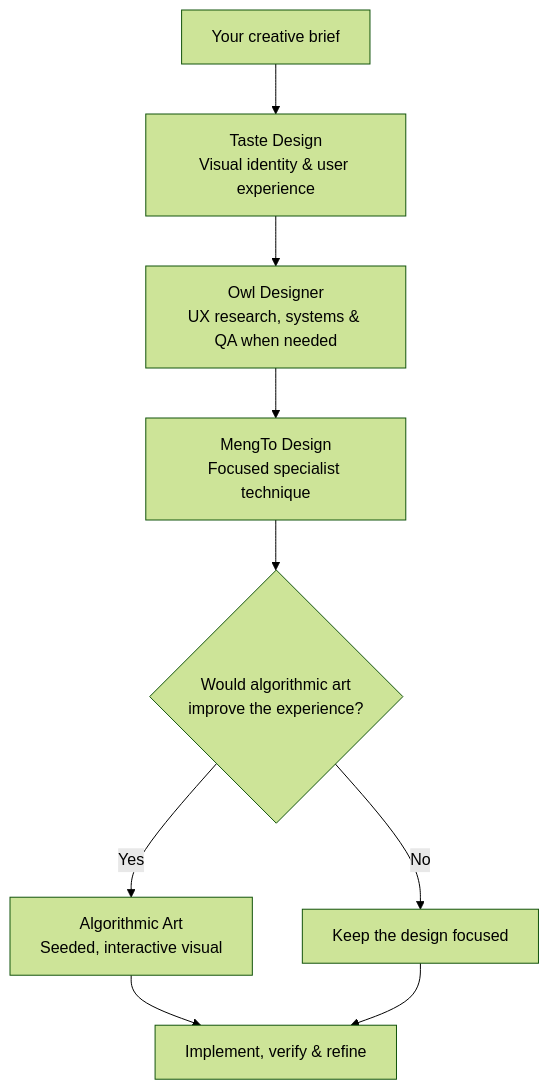
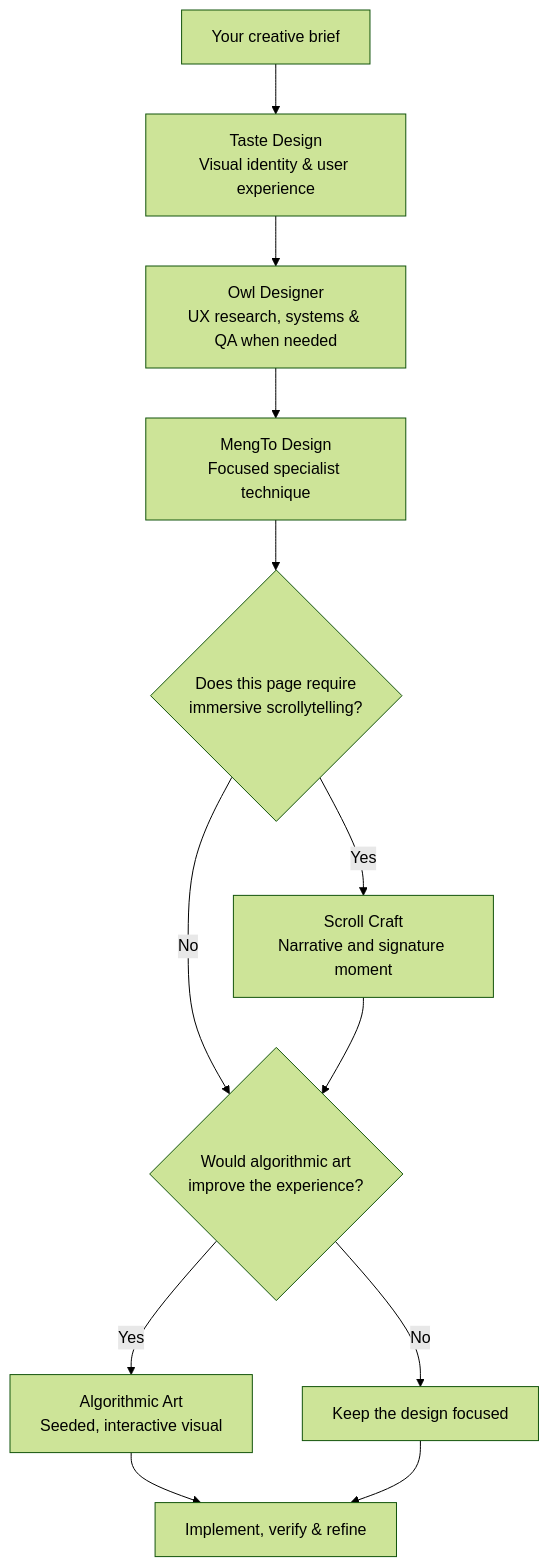
Before and after one commit to drakeg/madmallard-chatgpt-adapters: the diagram in adapters/creative-studio/README.md, drawn with Mermaid (forest theme). The commit also changed other lines of this file and 14 other files, not shown here.

First line of the commit message:
feat: standalone Scroll Craft skill and Creative Studio integration (#27)

````diff
--- a/adapters/creative-studio/README.md
+++ b/adapters/creative-studio/README.md
@@ -20,11 +21,14 @@
 ```mermaid
 flowchart TD
     A["Your creative brief"] --> B["Taste Design<br/>Visual identity & user experience"]
     B --> O["Owl Designer<br/>UX research, systems & QA when needed"]
     O --> C["MengTo Design<br/>Focused specialist technique"]
-    C --> D{"Would algorithmic art<br/>improve the experience?"}
+    C --> S{"Does this page require\nimmersive scrollytelling?"}
+    S -- Yes --> SC["Scroll Craft\nNarrative and signature moment"]
+    S -- No --> D
+    SC --> D{"Would algorithmic art<br/>improve the experience?"}
     D -- Yes --> E["Algorithmic Art<br/>Seeded, interactive visual"]
     D -- No --> F["Keep the design focused"]
     E --> G["Implement, verify & refine"]
     F --> G
 ```
````
